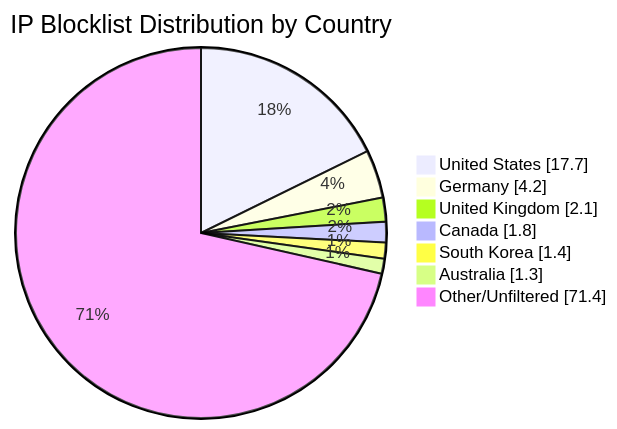
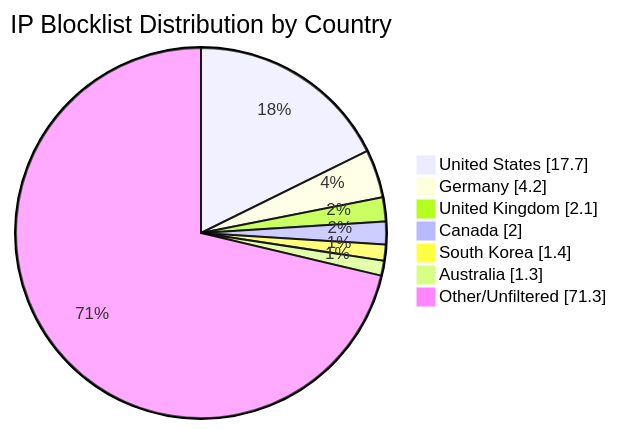
One commit to MarcusHoltz/ipblocklist-geofiltered-aggregator changed the diagram in README.md. Above: the diagram before and after it, drawn with Mermaid. The commit also changed other lines of this file and 9 other files, not shown here.

````diff
--- a/README.md
+++ b/README.md
@@ -34,10 +34,10 @@
 ```mermaid
 pie showData title IP Blocklist Distribution by Country
 "United States" : 17.7
 "Germany" : 4.2
 "United Kingdom" : 2.1
-"Canada" : 1.8
+"Canada" : 2.0
 "South Korea" : 1.4
 "Australia" : 1.3
-"Other/Unfiltered" : 71.4
+"Other/Unfiltered" : 71.3
 ```
````
